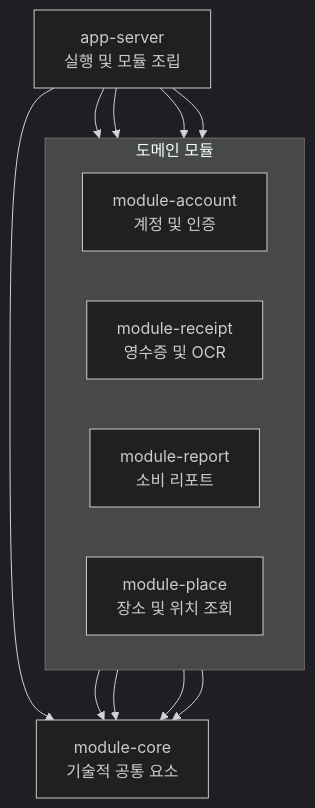
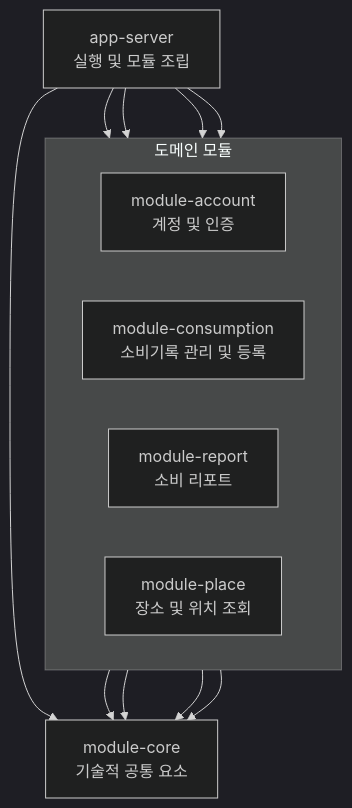
The second of 3 diagrams in docs/architecture.md (dnd-side-project/dnd-15th-5-backend), drawn with Mermaid (dark theme) before and after one commit. The commit also changed other lines of this file and 6 other files, not shown here.

````diff
--- a/docs/architecture.md
+++ b/docs/architecture.md
@@ -154,25 +154,25 @@
 ```mermaid
 flowchart TB
     App["app-server<br/>실행 및 모듈 조립"]
 
     subgraph DomainModules["도메인 모듈"]
         direction LR
         Account["module-account<br/>계정 및 인증"]
-        Receipt["module-receipt<br/>영수증 및 OCR"]
+        Consumption["module-consumption<br/>소비기록 관리 및 등록"]
         Report["module-report<br/>소비 리포트"]
         Place["module-place<br/>장소 및 위치 조회"]
     end
 
     Core["module-core<br/>기술적 공통 요소"]
 
     App --> Account
-    App --> Receipt
+    App --> Consumption
     App --> Report
     App --> Place
     App --> Core
 
     Account --> Core
-    Receipt --> Core
+    Consumption --> Core
     Report --> Core
     Place --> Core
 ```
````
